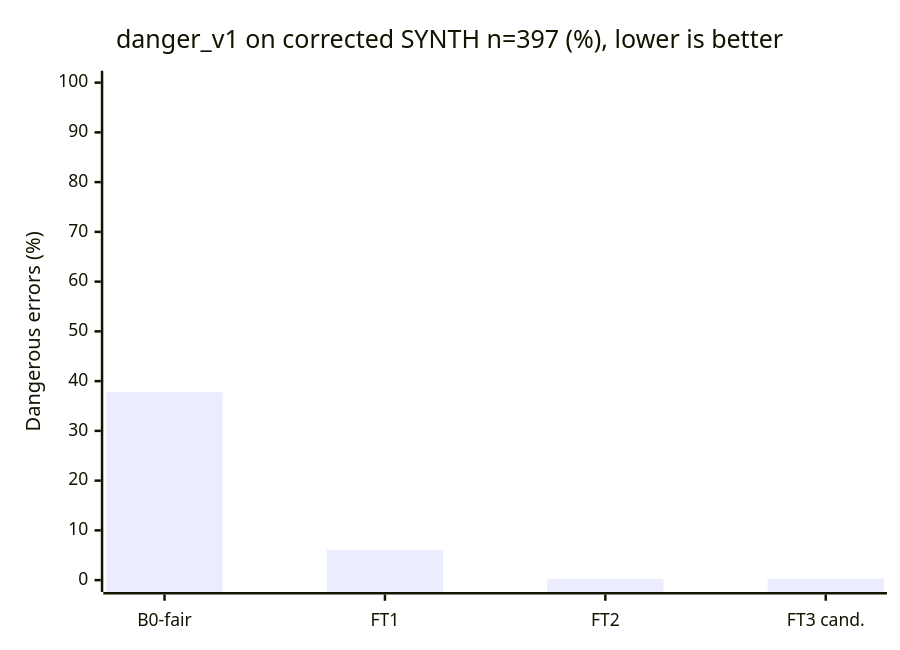
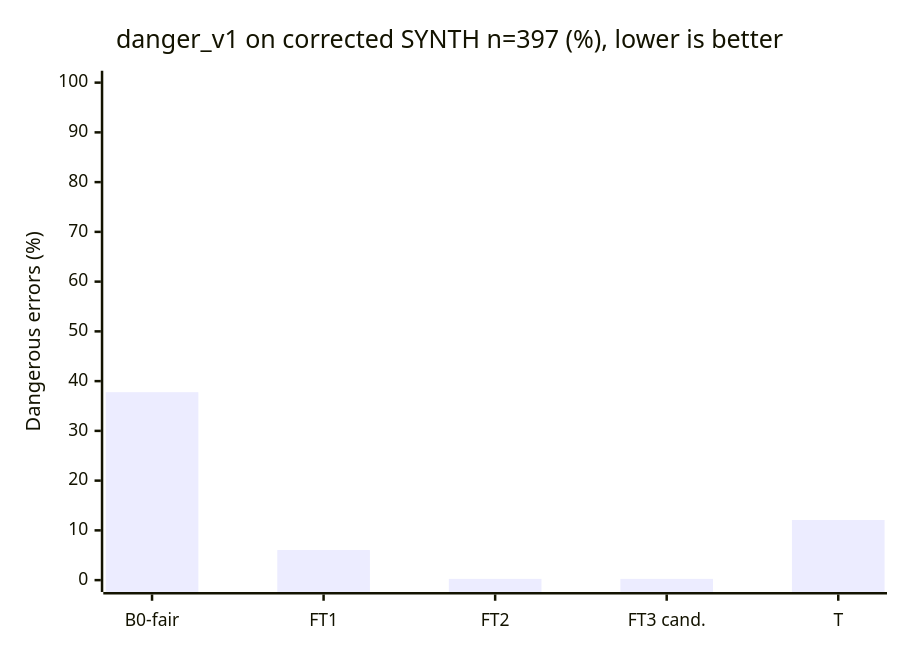
The fourth of 4 diagrams in eval/results.md (Vedant817/aaji-pill-clerk), drawn with Mermaid before and after one commit. The commit also changed other lines of this file and 8 other files, not shown here.

````diff
--- a/eval/results.md
+++ b/eval/results.md
@@ -177,7 +181,7 @@
 ```mermaid
 xychart-beta
     title "danger_v1 on corrected SYNTH n=397 (%), lower is better"
-    x-axis ["B0-fair", "FT1", "FT2", "FT3 cand."]
+    x-axis ["B0-fair", "FT1", "FT2", "FT3 cand.", "T"]
     y-axis "Dangerous errors (%)" 0 --> 100
-    bar [37.78, 6.05, 0.25, 0.25]
+    bar [37.78, 6.05, 0.25, 0.25, 12.09]
 ```
````
